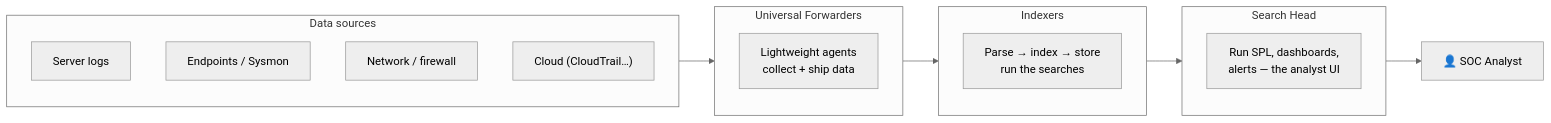
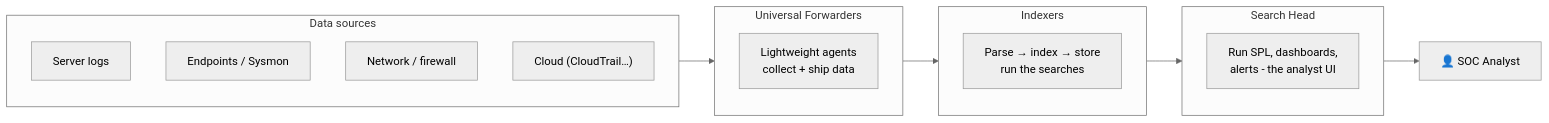
One commit to SasanTazayoni/splunk-soc changed the second of 3 diagrams in README.md. Above: the diagram before and after it, drawn with Mermaid (neutral theme). The commit also changed other lines of this file, not shown here.

````diff
--- a/README.md
+++ b/README.md
@@ -548,23 +604,23 @@
 ```mermaid
 flowchart LR
     subgraph Sources["Data sources"]
         S1["Server logs"]
         S2["Endpoints / Sysmon"]
         S3["Network / firewall"]
         S4["Cloud (CloudTrail…)"]
     end
 
     subgraph UF["Universal Forwarders"]
         F1["Lightweight agents<br/>collect + ship data"]
     end
 
     subgraph IDX["Indexers"]
         I1["Parse → index → store<br/>run the searches"]
     end
 
     subgraph SH["Search Head"]
-        H1["Run SPL, dashboards,<br/>alerts — the analyst UI"]
+        H1["Run SPL, dashboards,<br/>alerts - the analyst UI"]
     end
 
     Sources --> UF --> IDX --> SH --> Analyst["👤 SOC Analyst"]
 ```
````
